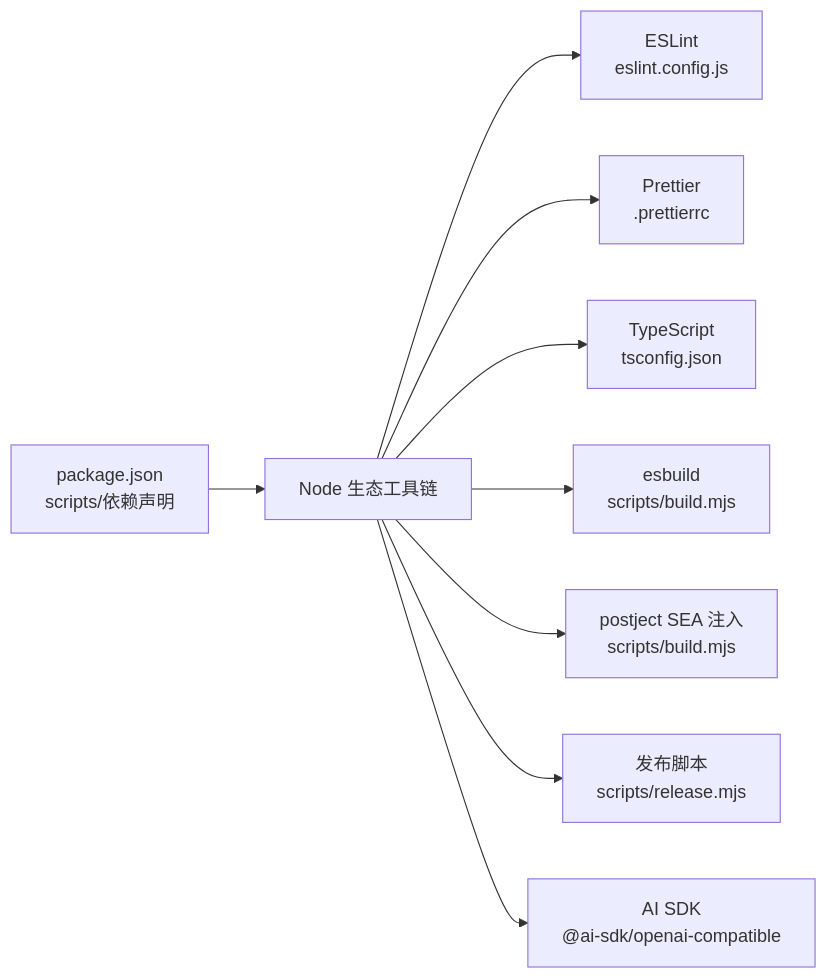
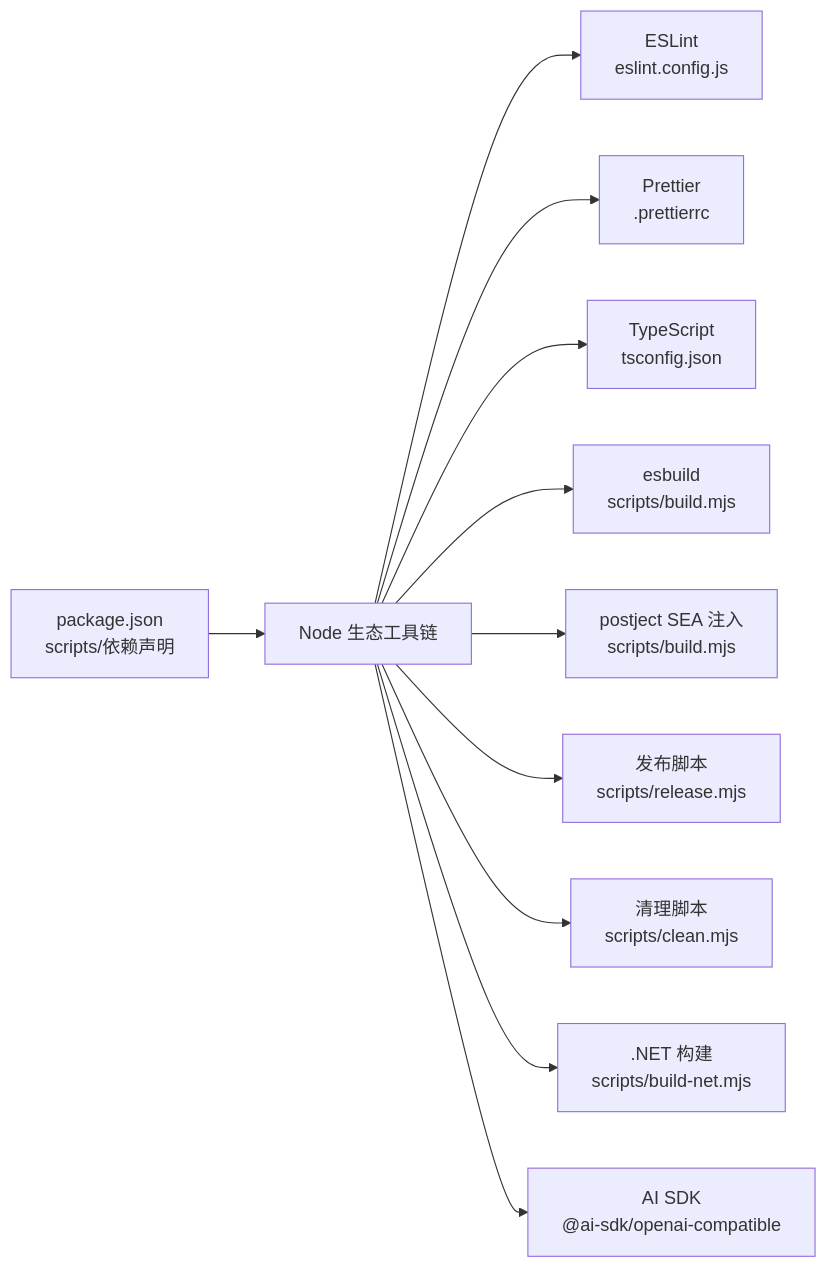
Before and after one commit to hllshiro/doc2md-cli: the third of 3 diagrams in .qoder/repowiki/zh/content/开发者指南.md, drawn with Mermaid. The commit also changed other lines of this file and 3 other files, not shown here.

````diff
--- a/.qoder/repowiki/zh/content/开发者指南.md
+++ b/.qoder/repowiki/zh/content/开发者指南.md
@@ -250,11 +294,13 @@
 ```mermaid
 graph LR
 P["package.json<br/>scripts/依赖声明"] --> NPM["Node 生态工具链"]
 NPM --> ESL["ESLint<br/>eslint.config.js"]
 NPM --> PRET["Prettier<br/>.prettierrc"]
 NPM --> TS["TypeScript<br/>tsconfig.json"]
 NPM --> ESB["esbuild<br/>scripts/build.mjs"]
 NPM --> SEA["postject SEA 注入<br/>scripts/build.mjs"]
 NPM --> REL["发布脚本<br/>scripts/release.mjs"]
+NPM --> CLEAN["清理脚本<br/>scripts/clean.mjs"]
+NPM --> NETBUILD[".NET 构建<br/>scripts/build-net.mjs"]
 NPM --> AI["AI SDK<br/>@ai-sdk/openai-compatible"]
 ```
````
